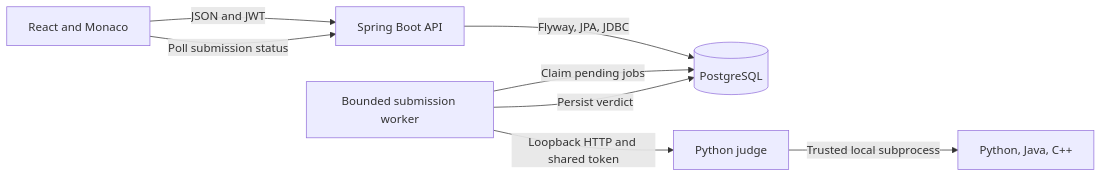
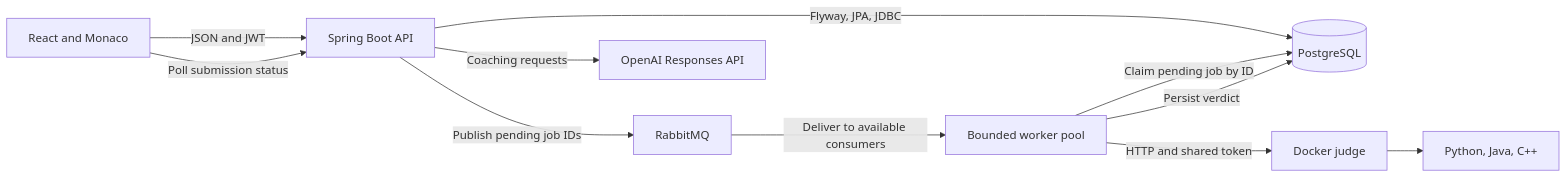
One commit to saurav7809/CodeArena changed the diagram in docs/architecture.md. Above: the diagram before and after it, drawn with Mermaid. The commit also changed other lines of this file and 79 other files, not shown here.

````diff
--- a/docs/architecture.md
+++ b/docs/architecture.md
@@ -3,10 +3,13 @@
 ```mermaid
 flowchart LR
     Web[React and Monaco] -->|JSON and JWT| API[Spring Boot API]
     API -->|Flyway, JPA, JDBC| PG[(PostgreSQL)]
-    Worker[Bounded submission worker] -->|Claim pending jobs| PG
-    Worker -->|Loopback HTTP and shared token| Judge[Python judge]
-    Judge -->|Trusted local subprocess| Compilers[Python, Java, C++]
+    API -->|Publish pending job IDs| Broker[RabbitMQ]
+    Broker -->|Deliver to available consumers| Worker[Bounded worker pool]
+    Worker -->|Claim pending job by ID| PG
+    Worker -->|HTTP and shared token| Judge[Docker judge]
+    Judge --> Compilers[Python, Java, C++]
     Worker -->|Persist verdict| PG
     Web -->|Poll submission status| API
+    API -->|Coaching requests| AI[OpenAI Responses API]
 ```
````
